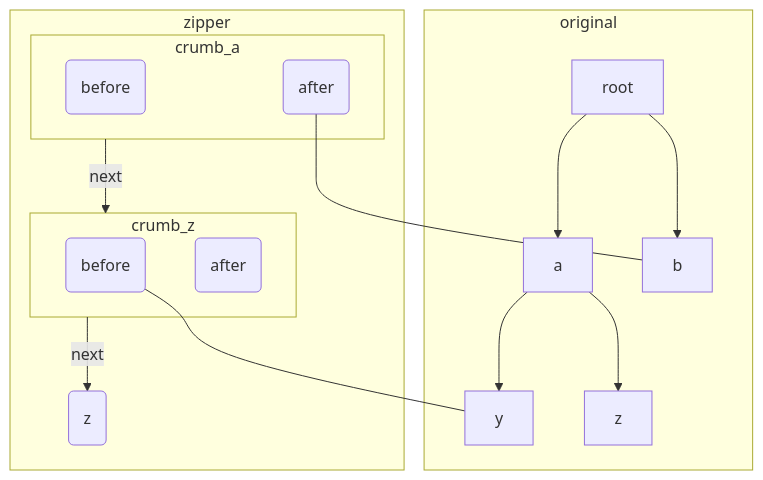
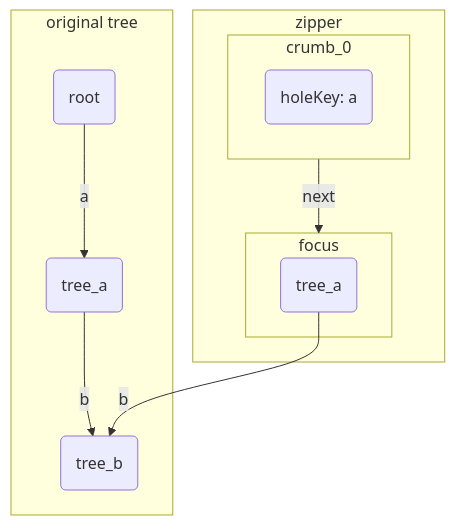
One commit to jzhonx/jzhonx.github.io changed the third of 6 diagrams in _posts/2026-03-17-zippers.markdown. Above: the diagram before and after it, drawn with Mermaid. The commit also changed other lines of this file, not shown here.

````diff
--- a/_posts/2026-03-17-zippers.markdown
+++ b/_posts/2026-03-17-zippers.markdown
@@ -177,30 +231,21 @@
 ```mermaid
 flowchart TD
 
-subgraph original
-	root --> a
-	root --> b
-	a --> y
-	a --> z
+subgraph original tree
+  root1("root") -->|a| a
+  a("tree_a") -->|b| b("tree_b")
 end
 
 subgraph zipper
-	subgraph crumb_a
-		crumb_a_before("before")
-		crumb_a_after("after")
-		crumb_a_after --- b
+	subgraph crumb_0
+    crumb_0_key("holeKey: a")
 	end
 	
-	subgraph crumb_z
-		crumb_y_before("before") --- y
-		crumb_y_after("after")
-	end
-	
-	
-	top("z")
-	
-	
-	crumb_a -->|next| crumb_z
-	crumb_z -->|next| top
+  subgraph focus
+    focus_node("tree_a")
+    focus_node -->|b| b
+  end
+
+  crumb_0 -->|next| focus
 end
 ```
````
